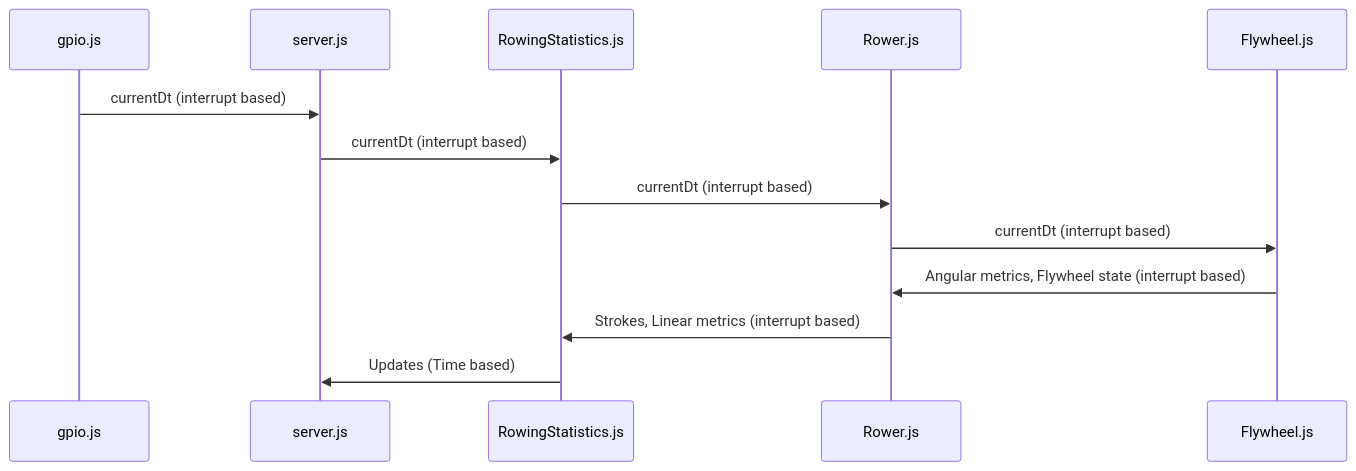
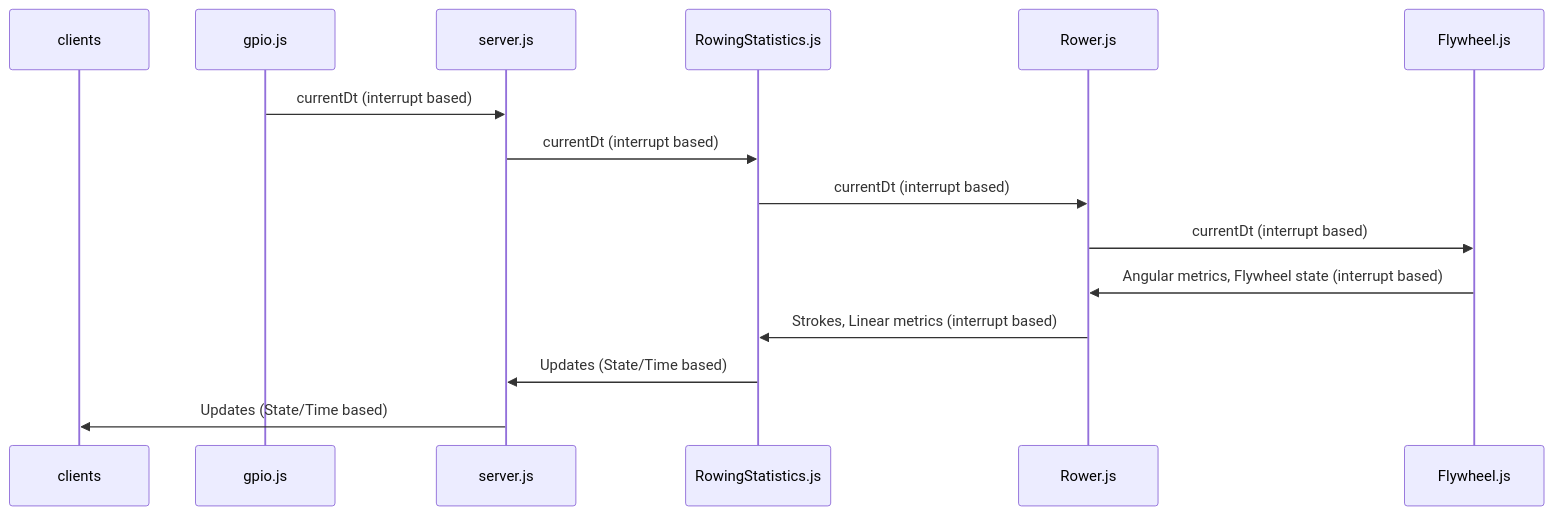
Before and after one commit to laberning/openrowingmonitor: the diagram in docs/Architecture.md, drawn with Mermaid.

````diff
--- a/docs/Architecture.md
+++ b/docs/Architecture.md
@@ -15,15 +15,17 @@
 ```mermaid
 sequenceDiagram
-    participant gpio.js
-    participant server.js
-    participant RowingStatistics.js
-    participant Rower.js
-    participant Flywheel.js
-    gpio.js->>server.js: currentDt (interrupt based)
-    server.js->>RowingStatistics.js: currentDt (interrupt based)
-    RowingStatistics.js->>Rower.js: currentDt (interrupt based)
-    Rower.js->>Flywheel.js: currentDt (interrupt based)
-    Flywheel.js->>Rower.js: Angular metrics, Flywheel state (interrupt based)
-    Rower.js->>RowingStatistics.js: Strokes, Linear metrics (interrupt based)
-    RowingStatistics.js->>server.js: Updates (Time based)
+  participant clients
+  participant gpio.js
+  participant server.js
+  participant RowingStatistics.js
+  participant Rower.js
+  participant Flywheel.js
+  gpio.js->>server.js: currentDt (interrupt based)
+  server.js->>RowingStatistics.js: currentDt (interrupt based)
+  RowingStatistics.js->>Rower.js: currentDt (interrupt based)
+  Rower.js->>Flywheel.js: currentDt (interrupt based)
+  Flywheel.js->>Rower.js: Angular metrics, Flywheel state (interrupt based)
+  Rower.js->>RowingStatistics.js: Strokes, Linear metrics (interrupt based)
+  RowingStatistics.js->>server.js: Updates (State/Time based)
+  server.js->>clients: Updates (State/Time based)
 ```
````
